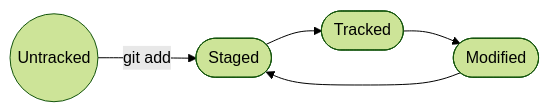
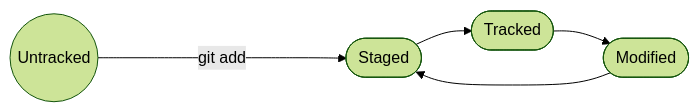
Before and after one commit to jjuiiva/homework1: the diagram in README.md, drawn with Mermaid (forest theme).

Commit message:
Попытка 7 исправить неработающую схему

````diff
--- a/README.md
+++ b/README.md
@@ -84,13 +84,13 @@
 ```mermaid
 flowchart LR
 
     A((Untracked))
     B([Staged])
     C([Modified])
     D([Tracked])
 
-    A --git add--> B
+    A --git add-----> B
     B --> D
     D --> C
     C --> B
 ```
````
